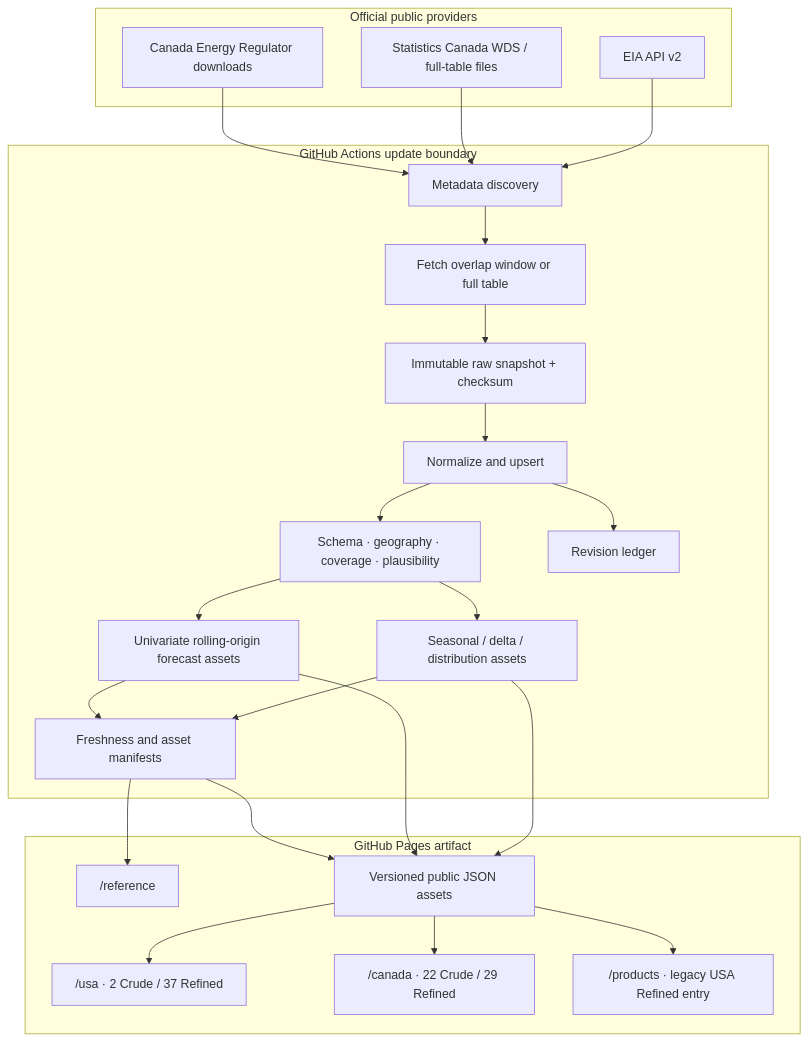
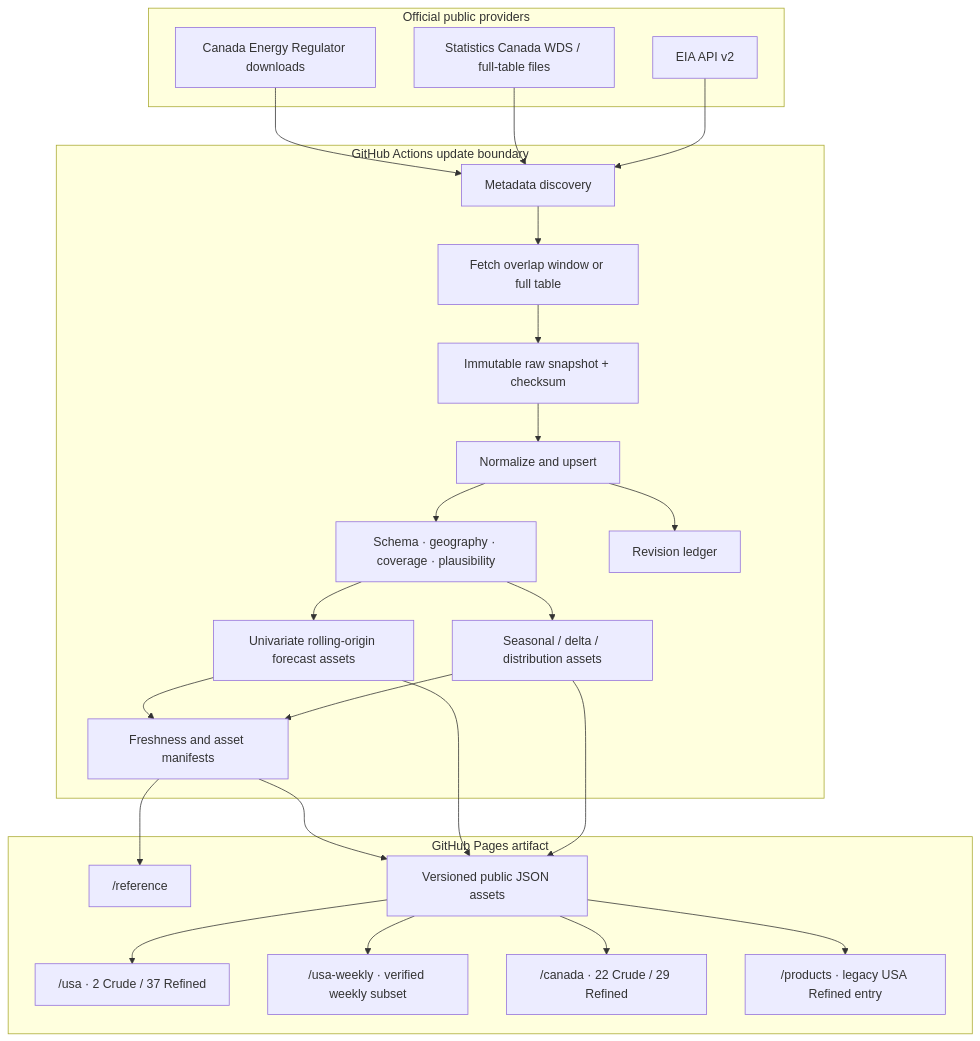
One commit to Aftikharmnz/USA_Canada_public_data_oil_and_gas_01 changed the diagram in docs/architecture.md. Above: the diagram before and after it, drawn with Mermaid. The commit also changed other lines of this file and 13 other files, not shown here.

Commit message:
Add USA weekly trader dashboard

````diff
--- a/docs/architecture.md
+++ b/docs/architecture.md
@@ -15,42 +15,44 @@
 ```mermaid
 flowchart TB
     subgraph Upstream["Official public providers"]
       EIA["EIA API v2"]
       STC["Statistics Canada WDS / full-table files"]
       CER["Canada Energy Regulator downloads"]
     end
 
     subgraph Update["GitHub Actions update boundary"]
       Discover["Metadata discovery"]
       Fetch["Fetch overlap window or full table"]
       Raw["Immutable raw snapshot + checksum"]
       Canon["Normalize and upsert"]
       Validate["Schema · geography · coverage · plausibility"]
       Rev["Revision ledger"]
       Derive["Seasonal / delta / distribution assets"]
       Forecast["Univariate rolling-origin forecast assets"]
       Manifest["Freshness and asset manifests"]
     end
 
     subgraph Static["GitHub Pages artifact"]
       USA["/usa · 2 Crude / 37 Refined"]
+      USAWeekly["/usa-weekly · verified weekly subset"]
       CAN["/canada · 22 Crude / 29 Refined"]
       Reference["/reference"]
       Legacy["/products · legacy USA Refined entry"]
       Data["Versioned public JSON assets"]
     end
 
     EIA --> Discover
     STC --> Discover
     CER --> Discover
     Discover --> Fetch --> Raw --> Canon --> Validate
     Canon --> Rev
     Validate --> Derive --> Data
     Validate --> Forecast --> Data
     Derive --> Manifest --> Data
     Forecast --> Manifest
     Data --> USA
+    Data --> USAWeekly
     Data --> CAN
     Manifest --> Reference
     Data --> Legacy
 ```
````
